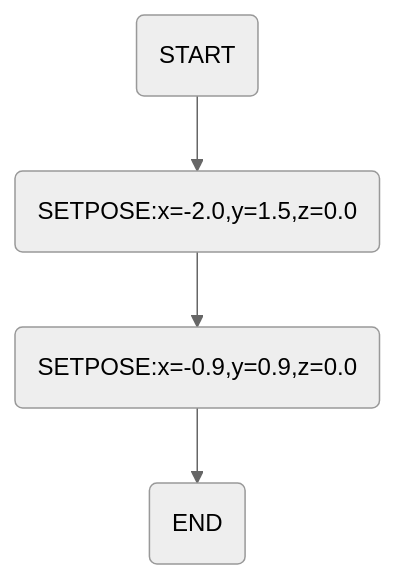
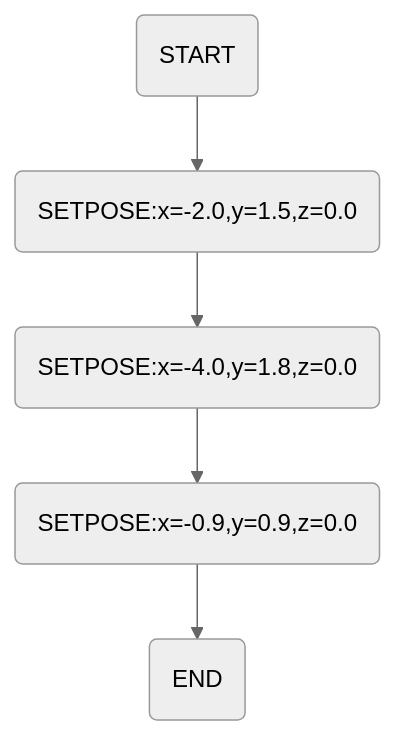
Before and after one commit to TakanoTaiga/roboware-neo.universe: the diagram in launch/roboware_neo_launch/state_graph/s-graph.md, drawn with Mermaid (neutral theme). The commit also changed 2 other files, not shown here.

Commit message:
update launch and graph

````diff
--- a/launch/roboware_neo_launch/state_graph/s-graph.md
+++ b/launch/roboware_neo_launch/state_graph/s-graph.md
@@ -1,6 +1,7 @@
 ```mermaid
 graph TB
   START(START) --> SETPOSE.1(SETPOSE:x=-2.0,y=1.5,z=0.0)
-  SETPOSE.1 --> SETPOSE.2(SETPOSE:x=-0.9,y=0.9,z=0.0)
-  SETPOSE.2 --> END(END)
+  SETPOSE.1 --> SETPOSE.2(SETPOSE:x=-4.0,y=1.8,z=0.0)
+  SETPOSE.2 --> SETPOSE.3(SETPOSE:x=-0.9,y=0.9,z=0.0)
+  SETPOSE.3 --> END(END)
 ```
````
